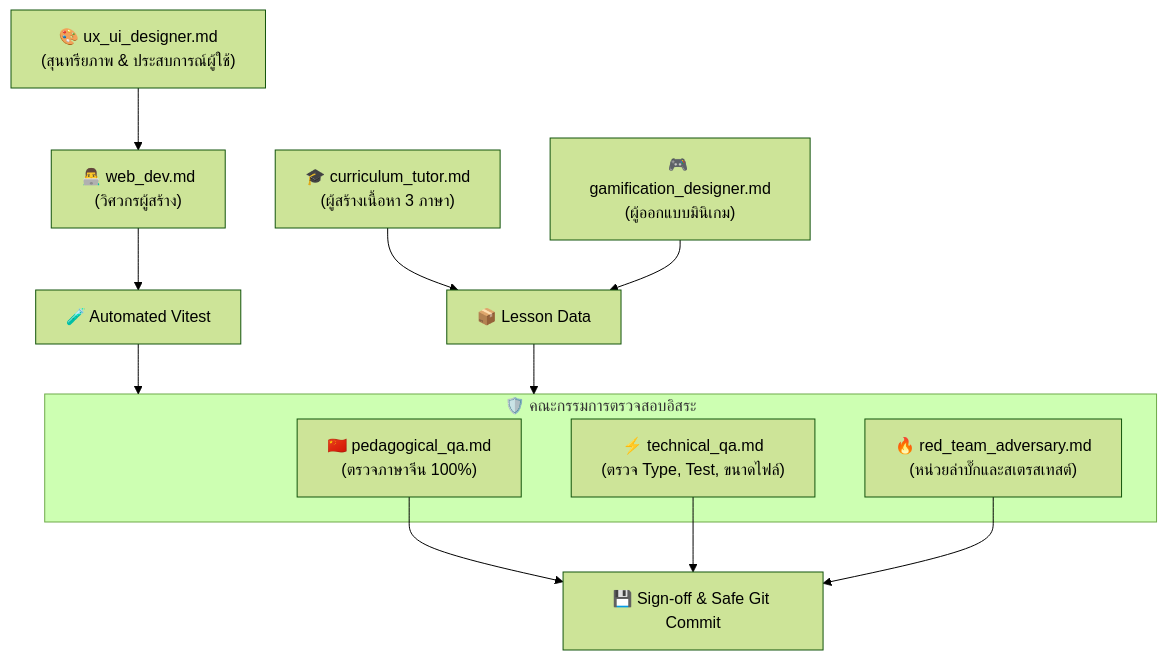
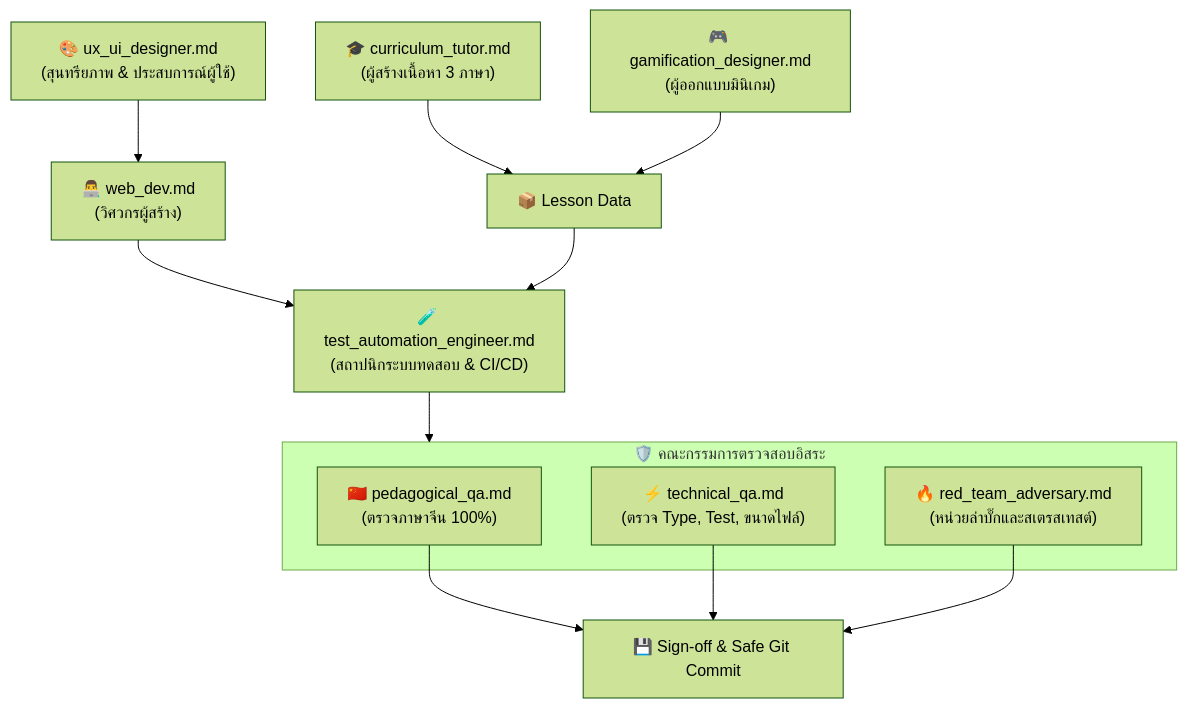
One commit to vavinon/Hanzero changed the diagram in agents/README.md. Above: the diagram before and after it, drawn with Mermaid (forest theme). The commit also changed other lines of this file and 14 other files, not shown here.

````diff
--- a/agents/README.md
+++ b/agents/README.md
@@ -10,20 +10,20 @@
 ```mermaid
 graph TD
     Design["🎨 ux_ui_designer.md<br/>(สุนทรียภาพ & ประสบการณ์ผู้ใช้)"] --> Dev["👨‍💻 web_dev.md<br/>(วิศวกรผู้สร้าง)"]
-    Dev --> Tester["🧪 Automated Vitest"]
+    Dev --> AutoTester["🧪 test_automation_engineer.md<br/>(สถาปนิกระบบทดสอบ & CI/CD)"]
     Tutor["🎓 curriculum_tutor.md<br/>(ผู้สร้างเนื้อหา 3 ภาษา)"] --> Content["📦 Lesson Data"]
     Game["🎮 gamification_designer.md<br/>(ผู้ออกแบบมินิเกม)"] --> Content
+    Content --> AutoTester
     
-    Tester --> Gatekeeper
-    Content --> Gatekeeper
+    AutoTester --> Gatekeeper
     
     subgraph Gatekeeper ["🛡️ คณะกรรมการตรวจสอบอิสระ"]
         QA_Ped["🇨🇳 pedagogical_qa.md<br/>(ตรวจภาษาจีน 100%)"]
         QA_Tech["⚡ technical_qa.md<br/>(ตรวจ Type, Test, ขนาดไฟล์)"]
         Red["🔥 red_team_adversary.md<br/>(หน่วยล่าบั๊กและสเตรสเทสต์)"]
     end
     
     QA_Ped --> SignOff["💾 Sign-off & Safe Git Commit"]
     QA_Tech --> SignOff
     Red --> SignOff
 ```
````
